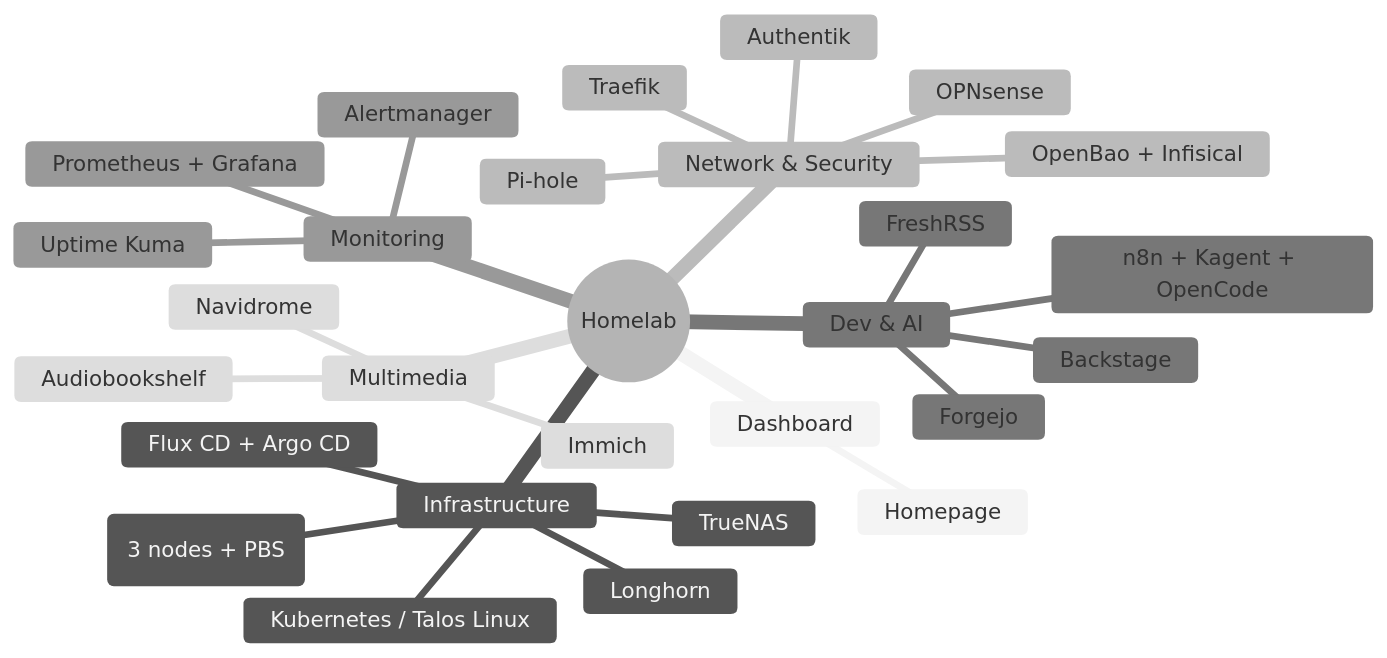
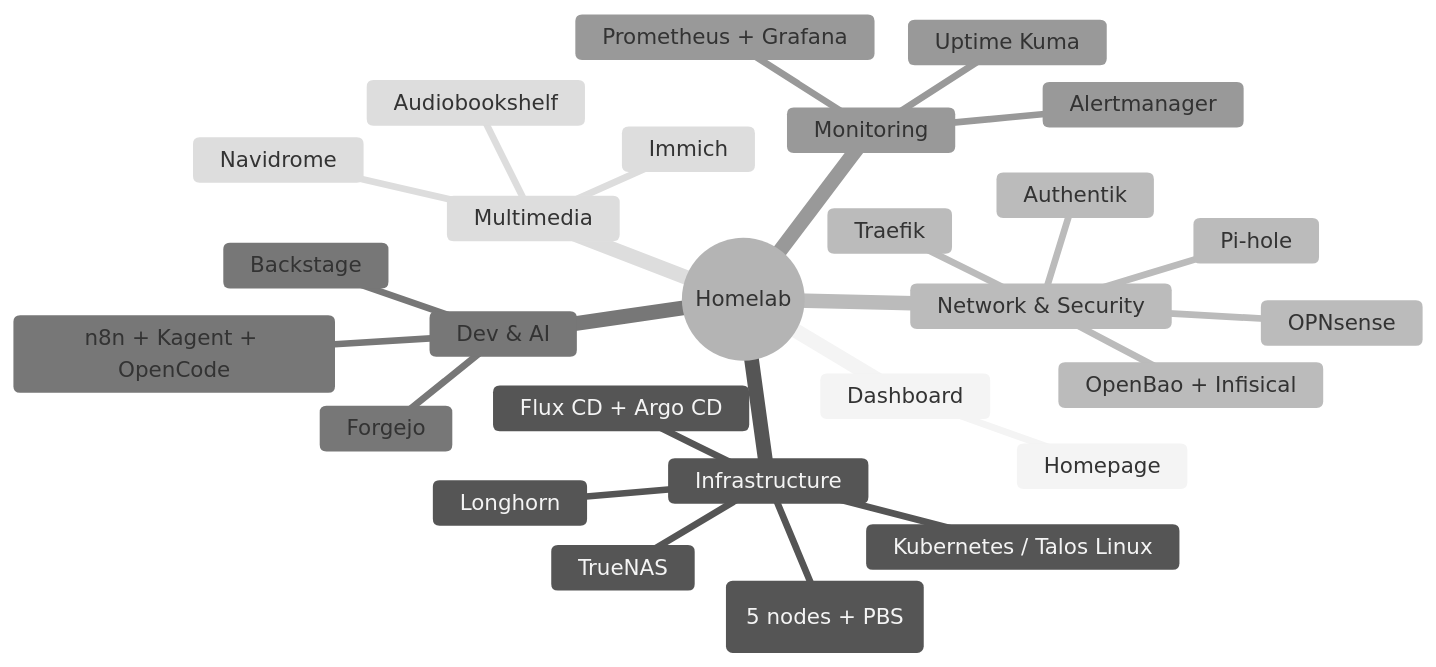
One commit to mombe090/mombe090.github.io changed the diagram in _posts/en/2026-08-03-homelab-tools.md. Above: the diagram before and after it, drawn with Mermaid (neutral theme). The commit also changed other lines of this file and 2 other files, not shown here.

````diff
--- a/_posts/en/2026-08-03-homelab-tools.md
+++ b/_posts/en/2026-08-03-homelab-tools.md
@@ -37,31 +39,30 @@
 ```mermaid
 mindmap
   root((Homelab))
     Dashboard
       Homepage
     Infrastructure
-      Proxmox VE (3 nodes + PBS)
+      Proxmox VE (5 nodes + PBS)
       Kubernetes / Talos Linux
       Flux CD + Argo CD
       Longhorn
       TrueNAS
     Network & Security
       OPNsense
       Traefik
       Pi-hole
       Authentik
       OpenBao + Infisical
     Dev & AI
       Forgejo
       Backstage
-      FreshRSS
       n8n + Kagent + OpenCode
     Monitoring
       Prometheus + Grafana
       Alertmanager
       Uptime Kuma
     Multimedia
       Navidrome
       Immich
       Audiobookshelf
 ```
````
